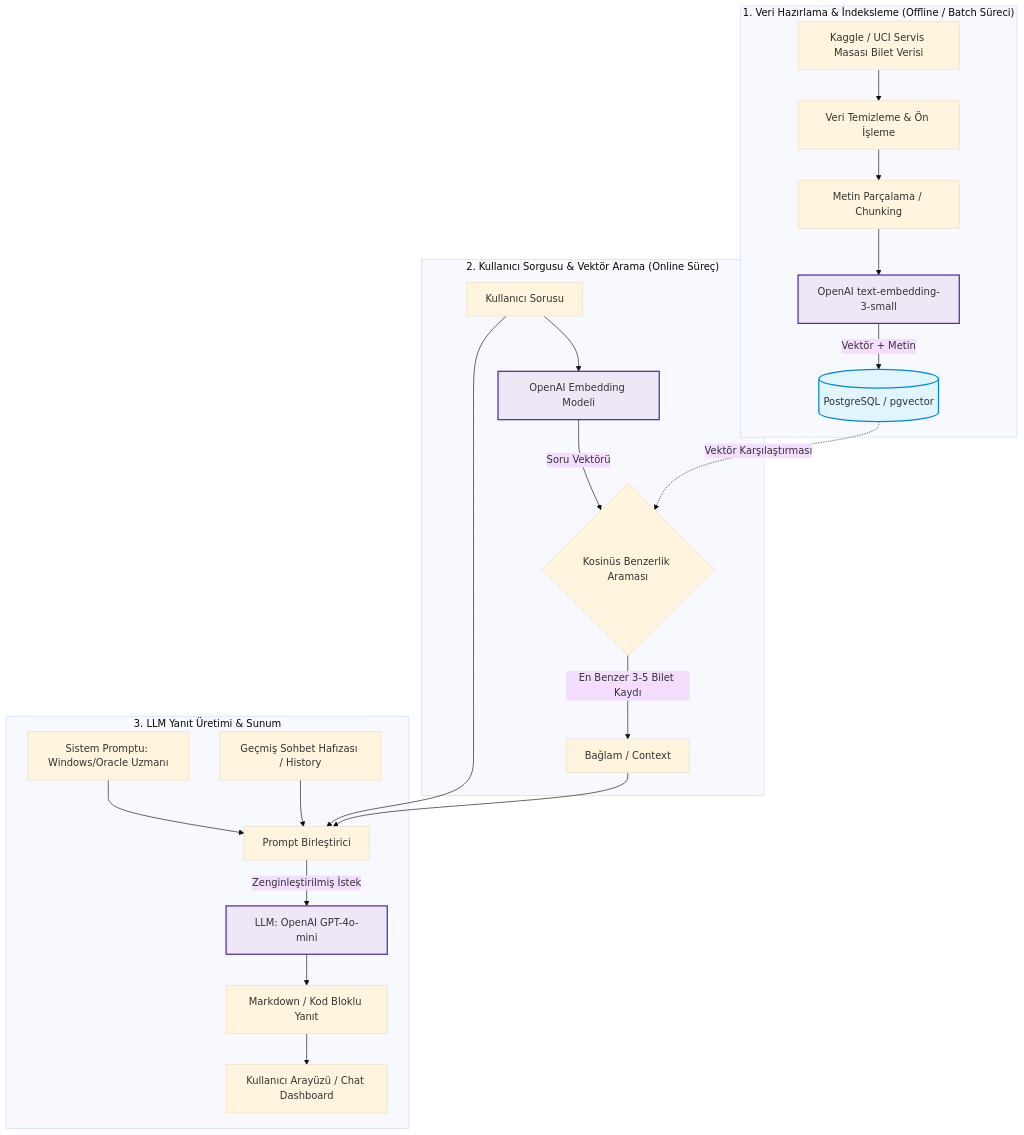
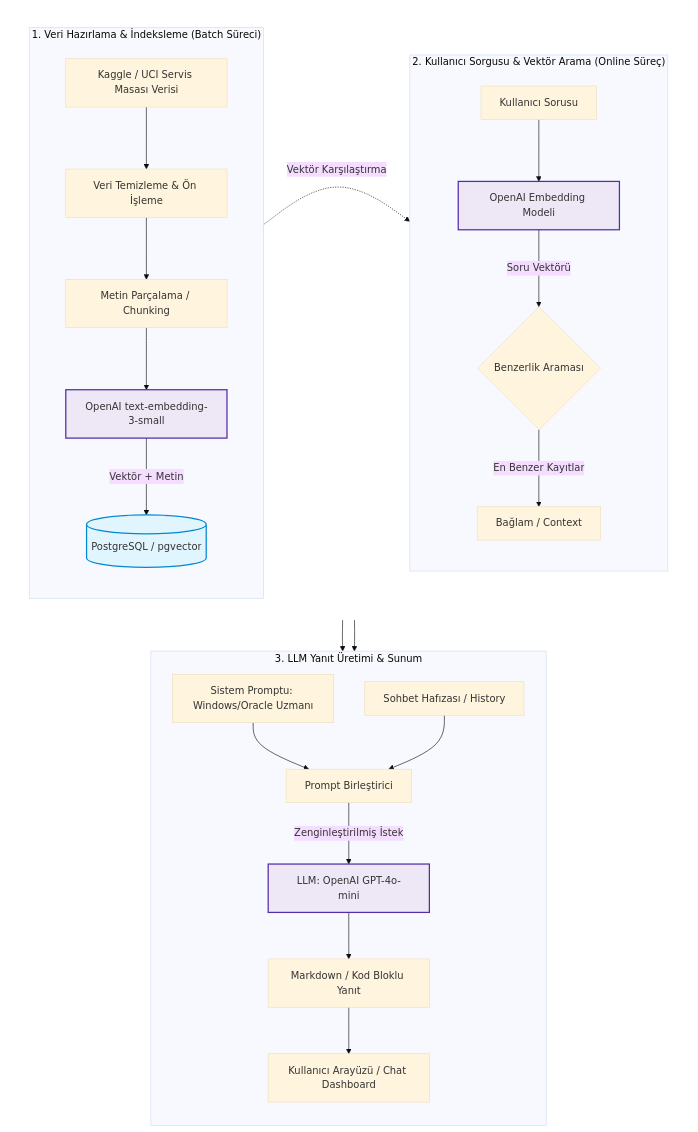
One commit to bayramogluhavvanur/Akilli-Servis-Masasi-Chatbot changed the second of 2 diagrams in README.md. Above: the diagram before and after it, drawn with Mermaid (base theme).

````diff
--- a/README.md
+++ b/README.md
@@ -58,37 +56,52 @@
 ```mermaid
-flowchart TD
-    %% Alt Süreç 1: Veri Hazırlama ve İndeksleme
-    subgraph INDEXING["1. Veri Hazırlama & İndeksleme (Offline / Batch Süreci)"]
-        A[Kaggle / UCI Servis Masası Bilet Verisi] --> B[Veri Temizleme & Ön İşleme]
-        B --> C[Metin Parçalama / Chunking]
-        C --> D[OpenAI text-embedding-3-small]
-        D -->|Vektör + Metin| E[(PostgreSQL / pgvector)]
+flowchart TB
+    %% 1. ve 2. Süreçleri İçeren Üst Katman
+    subgraph TOP_ROW [" "]
+        direction LR
+
+        %% 1. Süreç: Veri Hazırlama & İndeksleme
+        subgraph INDEXING ["1. Veri Hazırlama & İndeksleme (Batch Süreci)"]
+            direction TB
+            A[Kaggle / UCI Servis Masası Verisi] --> B[Veri Temizleme & Ön İşleme]
+            B --> C[Metin Parçalama / Chunking]
+            C --> D[OpenAI text-embedding-3-small]
+            D -->|Vektör + Metin| E[(PostgreSQL / pgvector)]
+        end
+
+        %% İki kutunun yan yana durmasını zorlayan görünmez bağ
+        INDEXING ~~~ QUERY
+
+        %% 2. Süreç: Soru & Arama
+        subgraph QUERY ["2. Kullanıcı Sorgusu & Vektör Arama (Online Süreç)"]
+            direction TB
+            U[Kullanıcı Sorusu] --> F[OpenAI Embedding Modeli]
+            F -->|Soru Vektörü| G{Benzerlik Araması}
+            G -->|En Benzer Kayıtlar| H[Bağlam / Context]
+        end
     end
 
-    %% Alt Süreç 2: Canlı Soru ve Arama Süreci
-    subgraph QUERY["2. Kullanıcı Sorgusu & Vektör Arama (Online Süreç)"]
-        U[Kullanıcı Sorusu] --> F[OpenAI Embedding Modeli]
-        F -->|Soru Vektörü| G{Kosinüs Benzerlik Araması}
-        E -.->|Vektör Karşılaştırması| G
-        G -->|En Benzer 3-5 Bilet Kaydı| H[Bağlam / Context]
-    end
+    %% Veritabanı ve Benzerlik Araması Bağlantısı
+    E -.->|Vektör Karşılaştırma| G
 
-    %% Alt Süreç 3: Yanıt Üretimi ve Çıktı
-    subgraph GENERATION["3. LLM Yanıt Üretimi & Sunum"]
+    %% 3. Süreç: Yanıt Üretimi (Alt Katman)
+    subgraph GENERATION ["3. LLM Yanıt Üretimi & Sunum"]
+        direction TB
         SP[Sistem Promptu: Windows/Oracle Uzmanı] --> I[Prompt Birleştirici]
-        H --> I
-        U --> I
-        CH[Geçmiş Sohbet Hafızası / History] --> I
+        CH[Sohbet Hafızası / History] --> I
         I -->|Zenginleştirilmiş İstek| J[LLM: OpenAI GPT-4o-mini]
         J --> K[Markdown / Kod Bloklu Yanıt]
         K --> L[Kullanıcı Arayüzü / Chat Dashboard]
     end
 
+    %% Üst Katmandan Alt Katmana Akışlar
+    H --> I
+    U --> I
+
     %% Stiller
-    classDef process fill:#f9f9f9,stroke:#333,stroke-width:1px;
+    style TOP_ROW fill:none,stroke:none
     classDef db fill:#e1f5fe,stroke:#0288d1,stroke-width:2px;
     classDef llm fill:#ede7f6,stroke:#512da8,stroke-width:2px;
-    
+
     class E db;
     class D,F,J llm;
 ```
````
